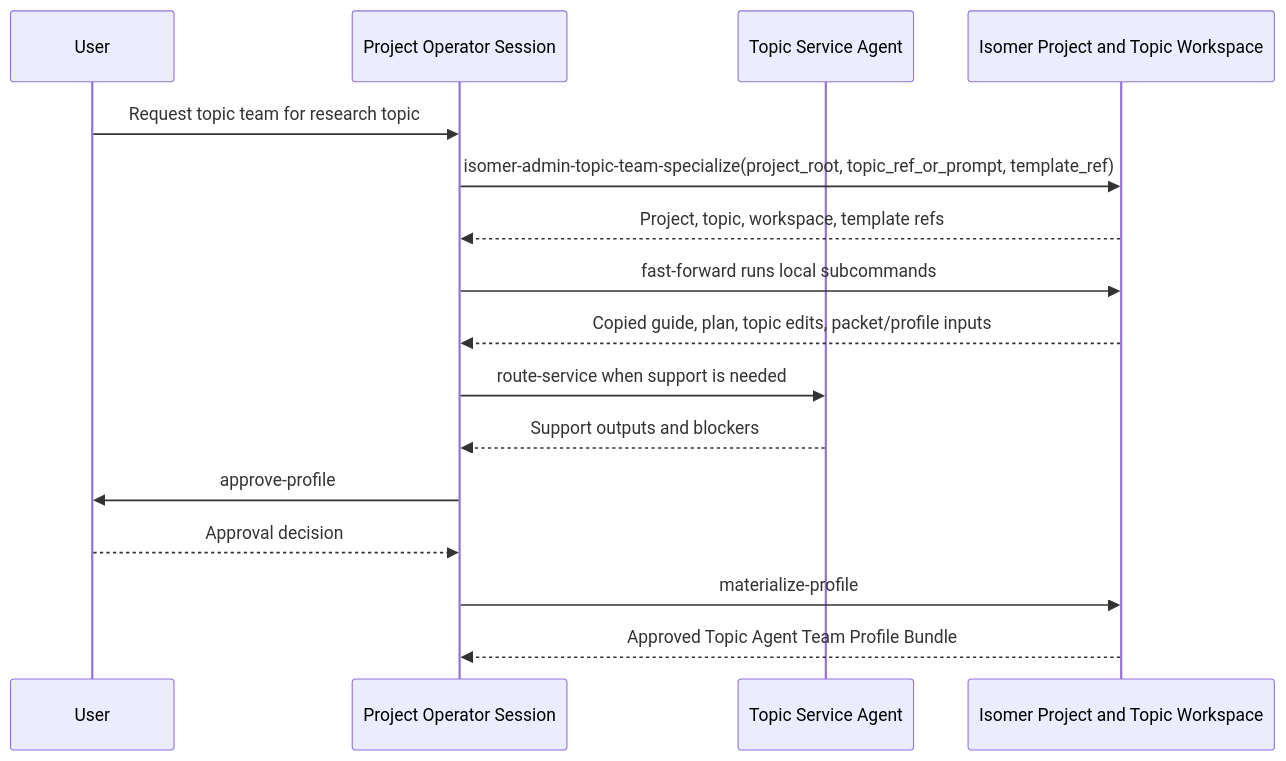
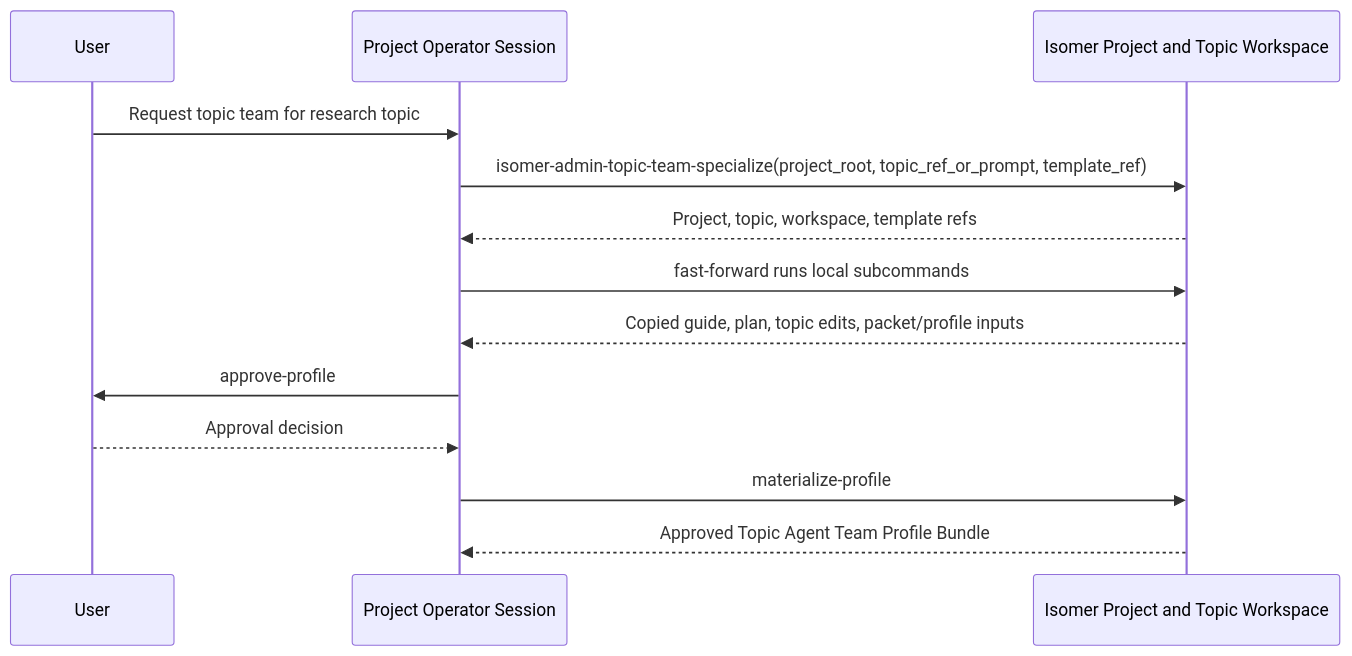
Before and after one commit to CodeGandee/isomer-labs: the first of 2 diagrams in skillset/operator/README.md, drawn with Mermaid. The commit also changed other lines of this file and 16 other files, not shown here.

Commit message:
refactor: remove route service subcommand

````diff
--- a/skillset/operator/README.md
+++ b/skillset/operator/README.md
@@ -22,19 +22,16 @@
 ```mermaid
 sequenceDiagram
     participant User
     participant Operator as Project Operator Session
-    participant Service as Topic Service Agent
     participant Store as Isomer Project and Topic Workspace
 
     User->>Operator: Request topic team for research topic
     Operator->>Store: isomer-admin-topic-team-specialize(project_root, topic_ref_or_prompt, template_ref)
     Store-->>Operator: Project, topic, workspace, template refs
     Operator->>Store: fast-forward runs local subcommands
     Store-->>Operator: Copied guide, plan, topic edits, packet/profile inputs
-    Operator->>Service: route-service when support is needed
-    Service-->>Operator: Support outputs and blockers
     Operator->>User: approve-profile
     User-->>Operator: Approval decision
     Operator->>Store: materialize-profile
     Store-->>Operator: Approved Topic Agent Team Profile Bundle
 ```
````
